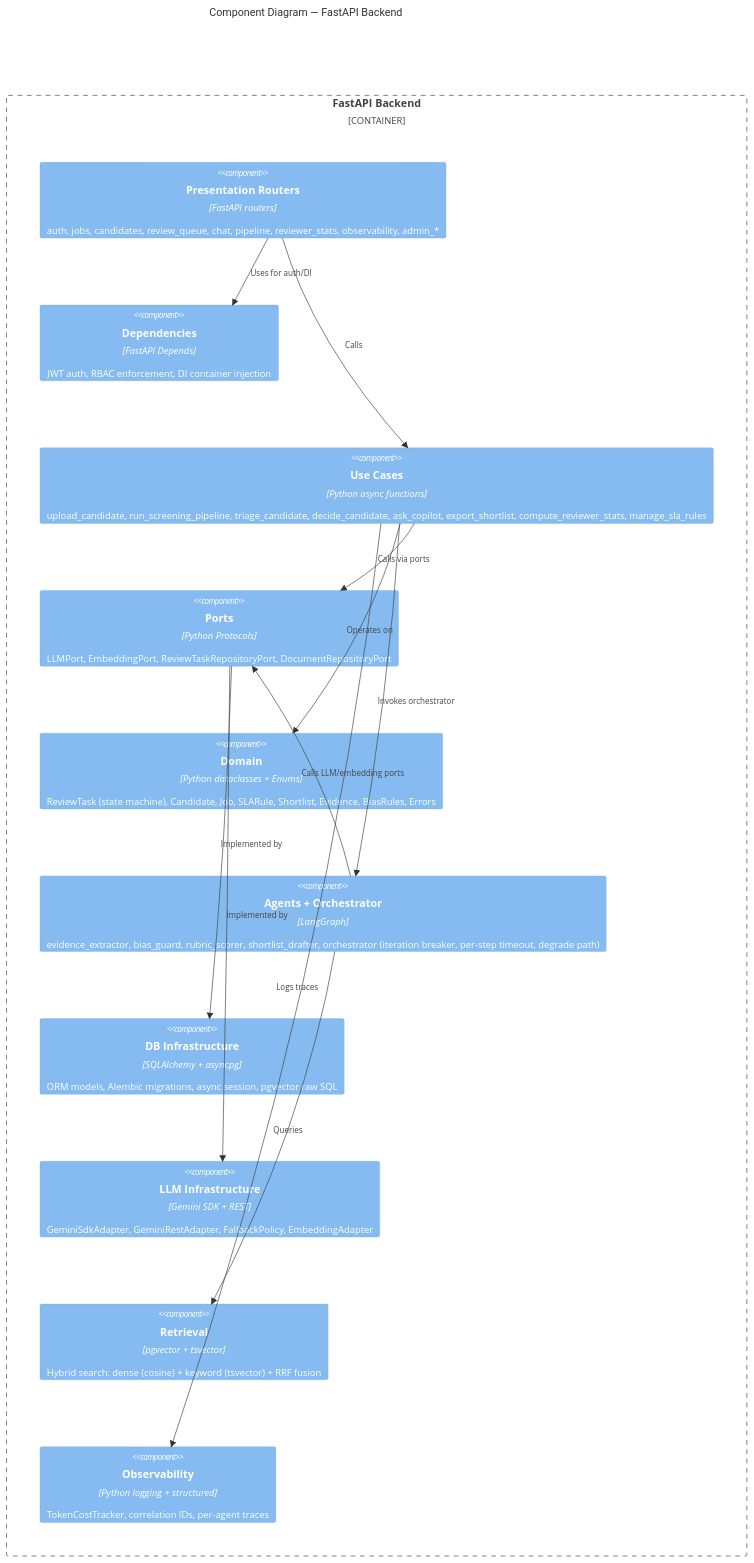
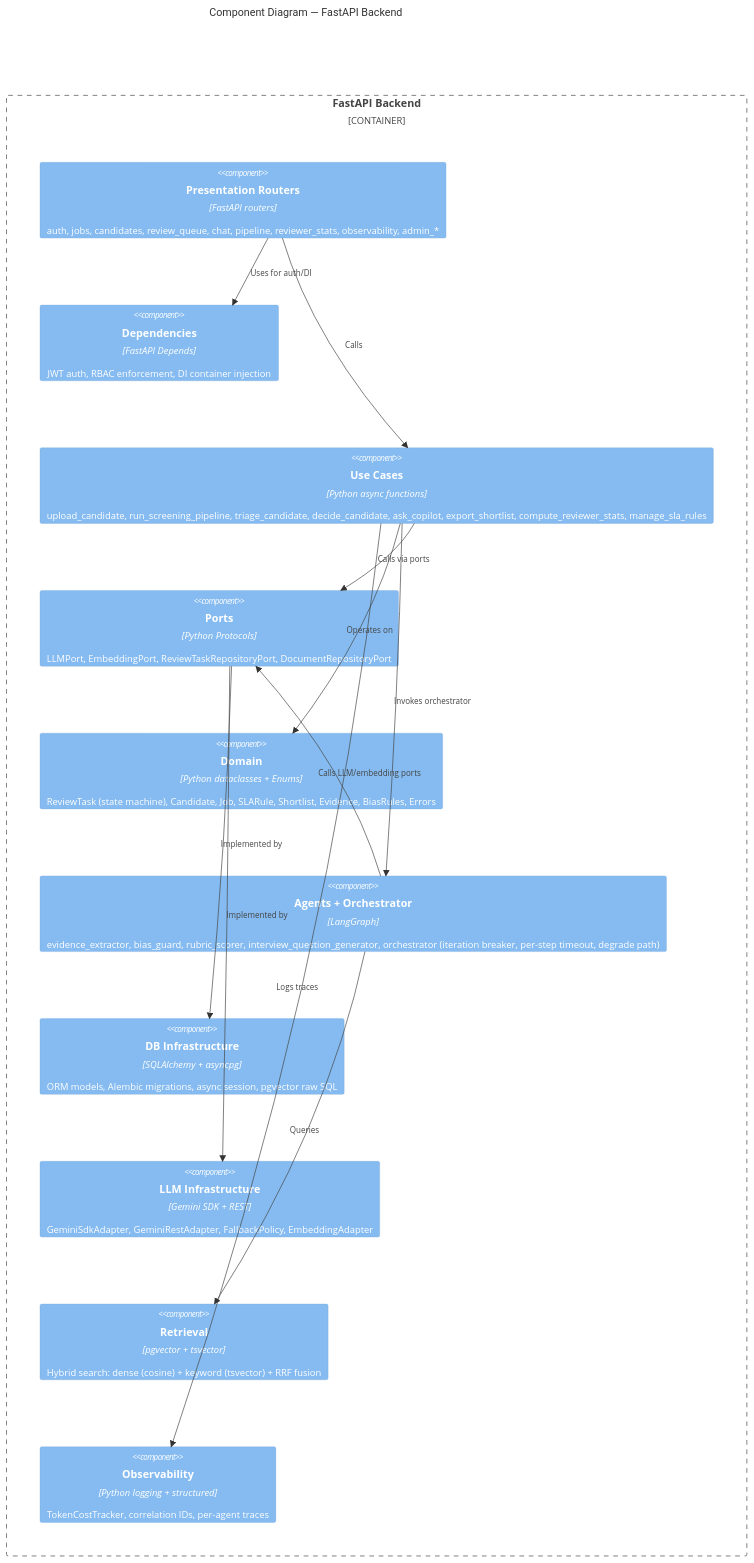
The third of 7 diagrams in docs/ARCHITECTURE.md (NadaNaguib/hr-screening-copilot), drawn with Mermaid before and after one commit. The commit also changed other lines of this file and 22 other files, not shown here.

````diff
--- a/docs/ARCHITECTURE.md
+++ b/docs/ARCHITECTURE.md
@@ -53,28 +53,28 @@
 ```mermaid
 C4Component
     title Component Diagram — FastAPI Backend
 
     Container_Boundary(api, "FastAPI Backend") {
         Component(routers, "Presentation Routers", "FastAPI routers", "auth, jobs, candidates, review_queue, chat, pipeline, reviewer_stats, observability, admin_*")
         Component(deps, "Dependencies", "FastAPI Depends", "JWT auth, RBAC enforcement, DI container injection")
         Component(usecases, "Use Cases", "Python async functions", "upload_candidate, run_screening_pipeline, triage_candidate, decide_candidate, ask_copilot, export_shortlist, compute_reviewer_stats, manage_sla_rules")
         Component(ports, "Ports", "Python Protocols", "LLMPort, EmbeddingPort, ReviewTaskRepositoryPort, DocumentRepositoryPort")
         Component(domain, "Domain", "Python dataclasses + Enums", "ReviewTask (state machine), Candidate, Job, SLARule, Shortlist, Evidence, BiasRules, Errors")
-        Component(agents, "Agents + Orchestrator", "LangGraph", "evidence_extractor, bias_guard, rubric_scorer, shortlist_drafter, orchestrator (iteration breaker, per-step timeout, degrade path)")
+        Component(agents, "Agents + Orchestrator", "LangGraph", "evidence_extractor, bias_guard, rubric_scorer, interview_question_generator, orchestrator (iteration breaker, per-step timeout, degrade path)")
         Component(infra_db, "DB Infrastructure", "SQLAlchemy + asyncpg", "ORM models, Alembic migrations, async session, pgvector raw SQL")
         Component(infra_llm, "LLM Infrastructure", "Gemini SDK + REST", "GeminiSdkAdapter, GeminiRestAdapter, FallbackPolicy, EmbeddingAdapter")
         Component(infra_retrieval, "Retrieval", "pgvector + tsvector", "Hybrid search: dense (cosine) + keyword (tsvector) + RRF fusion")
         Component(infra_obs, "Observability", "Python logging + structured", "TokenCostTracker, correlation IDs, per-agent traces")
     }
 
     Rel(routers, deps, "Uses for auth/DI")
     Rel(routers, usecases, "Calls")
     Rel(usecases, domain, "Operates on")
     Rel(usecases, ports, "Calls via ports")
     Rel(usecases, agents, "Invokes orchestrator")
     Rel(agents, ports, "Calls LLM/embedding ports")
     Rel(ports, infra_llm, "Implemented by")
     Rel(ports, infra_db, "Implemented by")
     Rel(agents, infra_retrieval, "Queries")
     Rel(usecases, infra_obs, "Logs traces")
 ```
````
